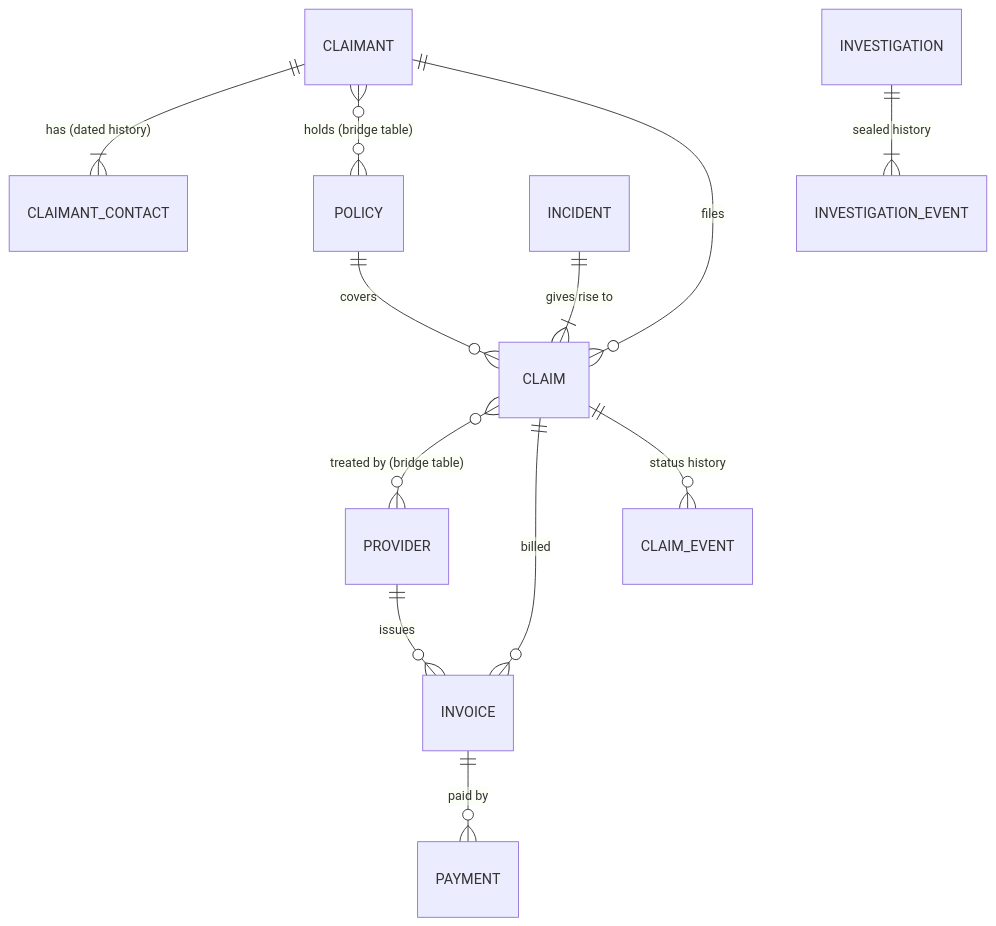
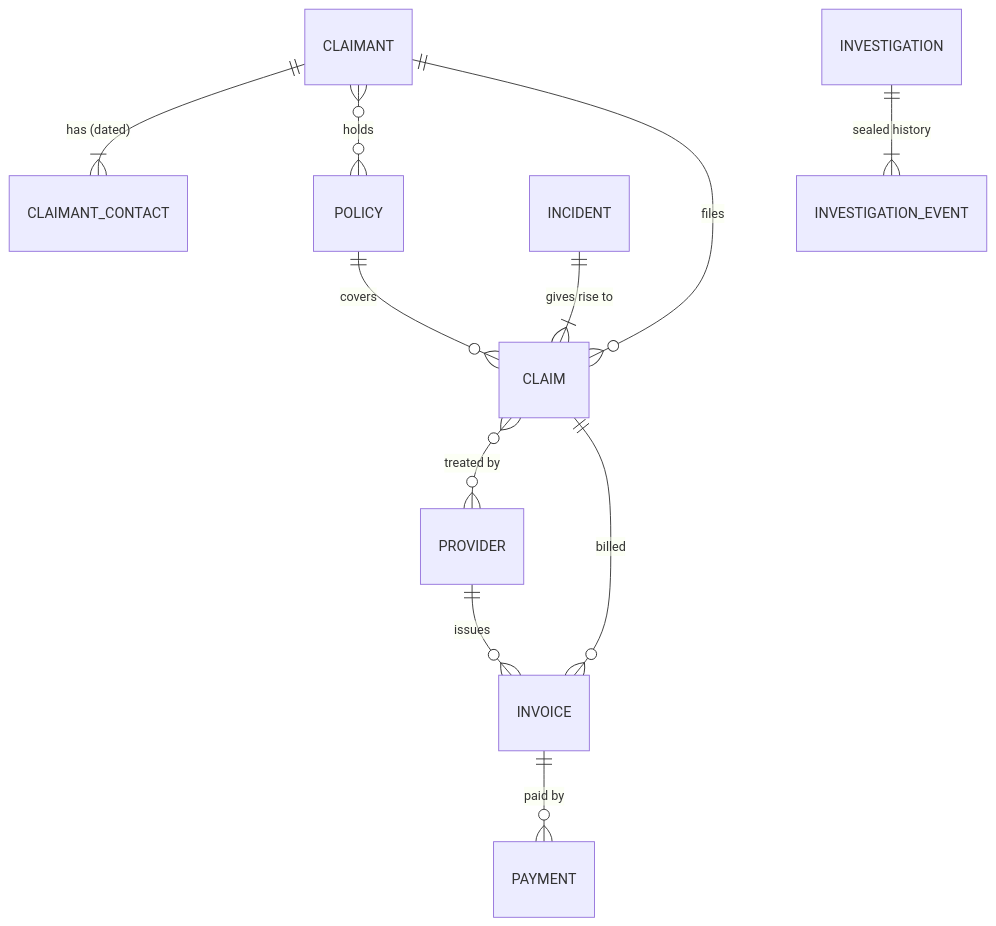
The second of 5 diagrams in README.md (dsservant28/Insurance-fraud-network-detection), drawn with Mermaid before and after one commit. The commit also changed other lines of this file, not shown here.

````diff
--- a/README.md
+++ b/README.md
@@ -78,14 +91,13 @@
 ```mermaid
 erDiagram
-    CLAIMANT ||--|{ CLAIMANT_CONTACT : "has (dated history)"
-    CLAIMANT }o--o{ POLICY : "holds (bridge table)"
+    CLAIMANT ||--|{ CLAIMANT_CONTACT : "has (dated)"
+    CLAIMANT }o--o{ POLICY : holds
     POLICY ||--o{ CLAIM : covers
     INCIDENT ||--|{ CLAIM : "gives rise to"
     CLAIMANT ||--o{ CLAIM : files
-    CLAIM }o--o{ PROVIDER : "treated by (bridge table)"
+    CLAIM }o--o{ PROVIDER : "treated by"
     CLAIM ||--o{ INVOICE : billed
     PROVIDER ||--o{ INVOICE : issues
     INVOICE ||--o{ PAYMENT : "paid by"
-    CLAIM ||--o{ CLAIM_EVENT : "status history"
     INVESTIGATION ||--|{ INVESTIGATION_EVENT : "sealed history"
 ```
````
